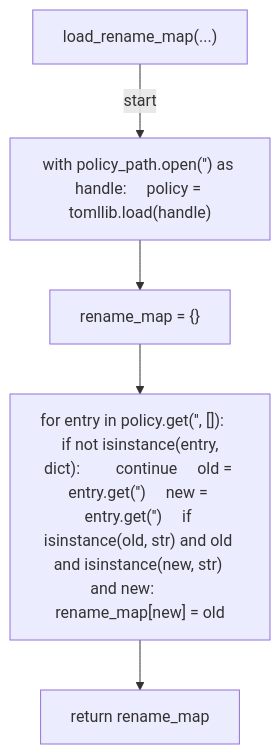
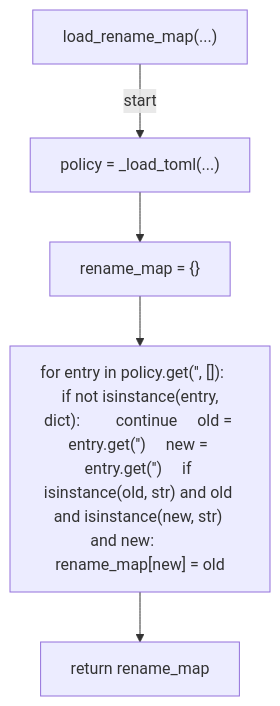
The seventh of 20 diagrams in docs/generated/scripts/ast/labels_apply.md (tvna/claude-md), drawn with Mermaid before and after one commit. The commit also changed other lines of this file and 2 other files, not shown here.

First line of the commit message:
docs(generated): regenerate decision tree and workflow diagrams (#2481)

````diff
--- a/docs/generated/scripts/ast/labels_apply.md
+++ b/docs/generated/scripts/ast/labels_apply.md
@@ -125,12 +125,12 @@
 ```mermaid
 flowchart TD
     N001["load_rename_map(...)"]
-    N002["with policy_path.open('<str>') as handle:     policy = tomllib.load(handle)"]
+    N002["policy = _load_toml(...)"]
     N003["rename_map = {}"]
     N004["for entry in policy.get('<str>', []):     if not isinstance(entry, dict):         continue     old = entry.get('<str>')     new = entry.get('<str>')     if isinstance(old, str) and old and isinstance(new, str) and new:         rename_map[new] = old"]
     N005["return rename_map"]
     N001 -->|"start"| N002
     N002 --> N003
     N003 --> N004
     N004 --> N005
 ```
````
